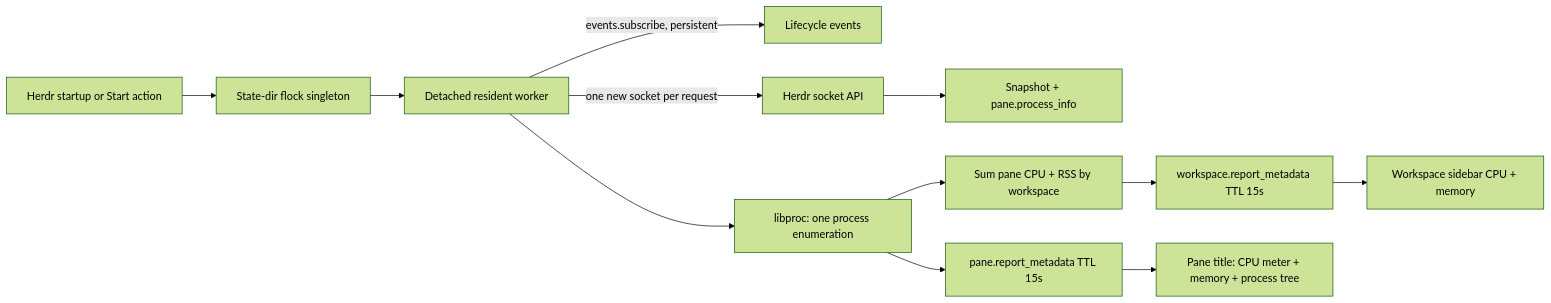
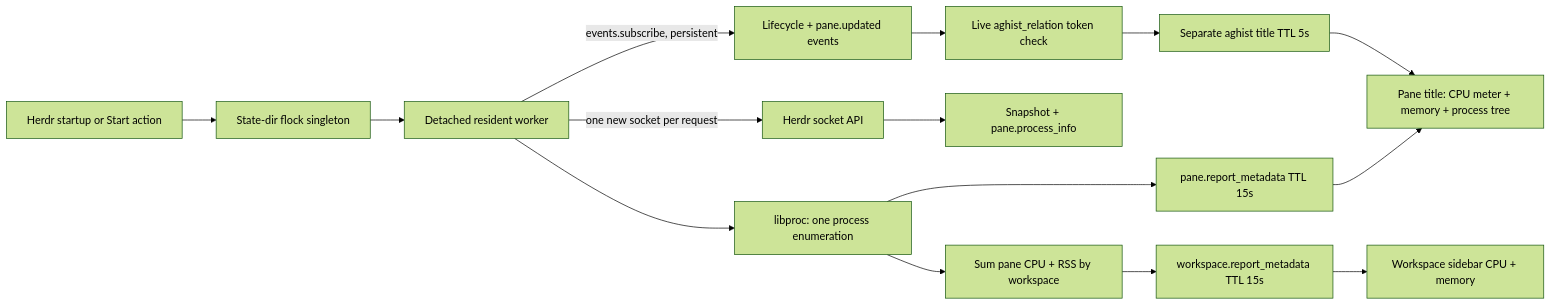
Before and after one commit to unphased/vim-config: the diagram in herdr-plugins/pane-load/README.md, drawn with Mermaid (forest theme). The commit also changed other lines of this file and 3 other files, not shown here.

````diff
--- a/herdr-plugins/pane-load/README.md
+++ b/herdr-plugins/pane-load/README.md
@@ -17,14 +17,17 @@
 ```mermaid
 flowchart LR
   Start[Herdr startup or Start action] --> Lock[State-dir flock singleton]
   Lock --> Worker[Detached resident worker]
-  Worker -->|events.subscribe, persistent| Events[Lifecycle events]
+  Worker -->|events.subscribe, persistent| Events[Lifecycle + pane.updated events]
   Worker -->|one new socket per request| API[Herdr socket API]
   API --> Snapshot[Snapshot + pane.process_info]
   Worker --> Libproc[libproc: one process enumeration]
   Libproc --> PaneMetadata[pane.report_metadata TTL 15s]
   Libproc --> Aggregate[Sum pane CPU + RSS by workspace]
   Aggregate --> WorkspaceMetadata[workspace.report_metadata TTL 15s]
   PaneMetadata --> Chrome[Pane title: CPU meter + memory + process tree]
+  Events --> Marker[Live aghist_relation token check]
+  Marker --> Override[Separate aghist title TTL 5s]
+  Override --> Chrome
   WorkspaceMetadata --> Sidebar[Workspace sidebar CPU + memory]
 ```
````
